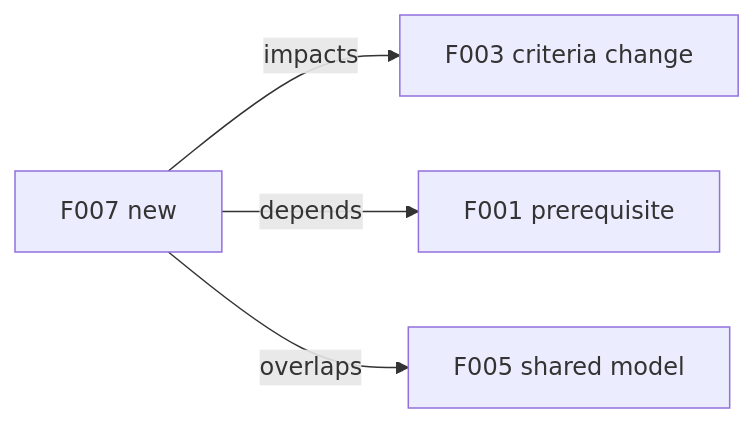
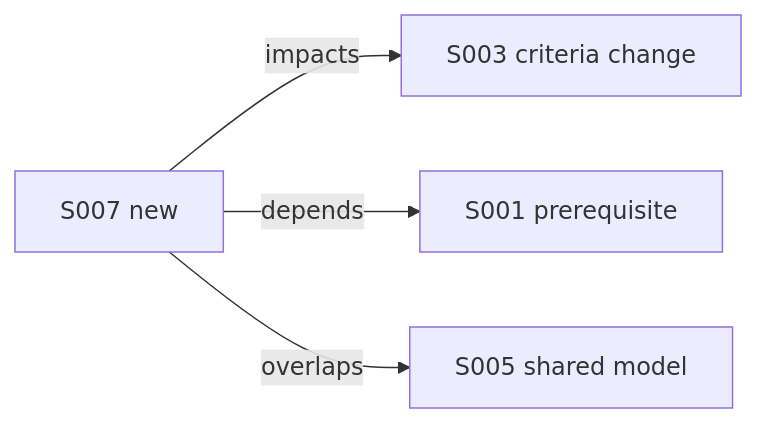
One commit to Acendas/shipyard changed the diagram in plugins/shipyard/skills/ship-discuss/references/impact-analysis.md. Above: the diagram before and after it, drawn with Mermaid. The commit also changed other lines of this file and 387 other files, not shown here.

````diff
--- a/plugins/shipyard/skills/ship-discuss/references/impact-analysis.md
+++ b/plugins/shipyard/skills/ship-discuss/references/impact-analysis.md
@@ -80,6 +52,6 @@
   ```mermaid
   graph LR
-    F007[F007 new] -->|impacts| F003[F003 criteria change]
-    F007 -->|depends| F001[F001 prerequisite]
-    F007 -->|overlaps| F005[F005 shared model]
+    S007[S007 new] -->|impacts| S003[S003 criteria change]
+    S007 -->|depends| S001[S001 prerequisite]
+    S007 -->|overlaps| S005[S005 shared model]
   ```
````
